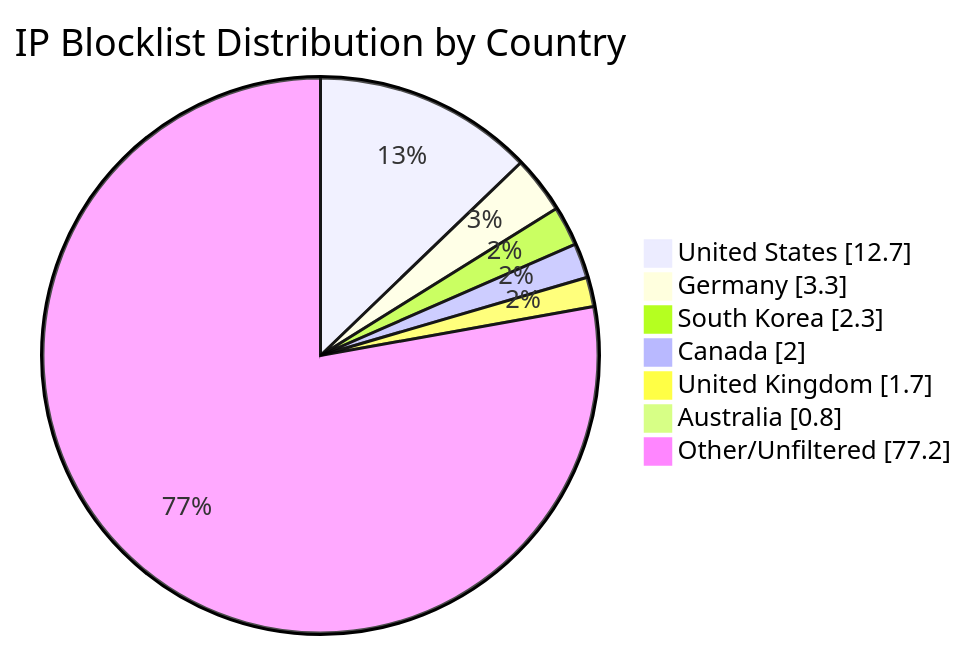
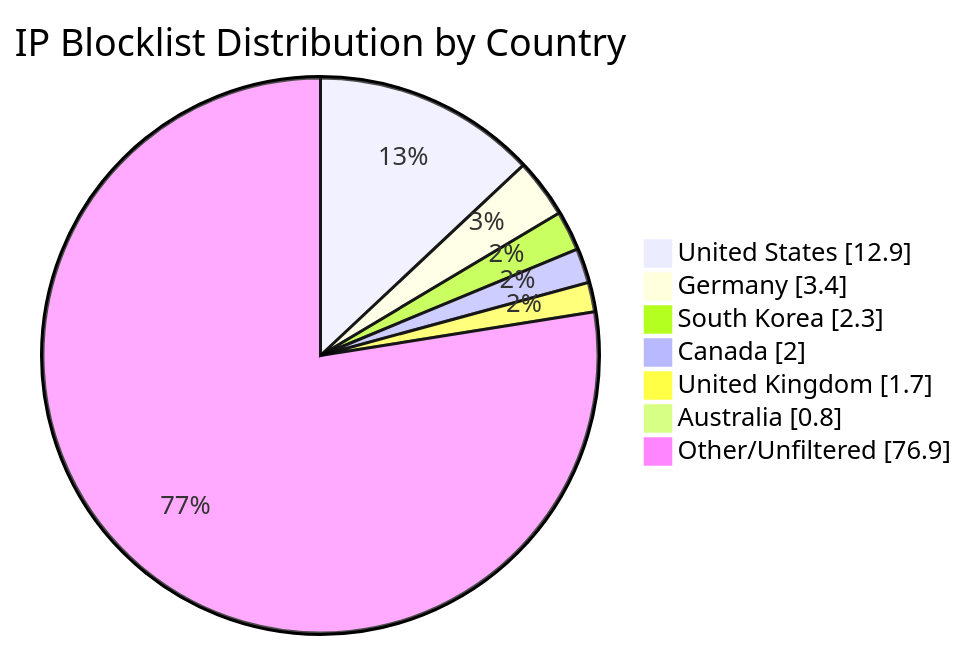
Before and after one commit to MarcusHoltz/ipblocklist-geofiltered-aggregator: the diagram in README.md, drawn with Mermaid. The commit also changed other lines of this file and 9 other files, not shown here.

````diff
--- a/README.md
+++ b/README.md
@@ -34,10 +34,10 @@
 ```mermaid
 pie showData title IP Blocklist Distribution by Country
-"United States" : 12.7
-"Germany" : 3.3
+"United States" : 12.9
+"Germany" : 3.4
 "South Korea" : 2.3
 "Canada" : 2.0
 "United Kingdom" : 1.7
 "Australia" : 0.8
-"Other/Unfiltered" : 77.2
+"Other/Unfiltered" : 76.9
 ```
````
